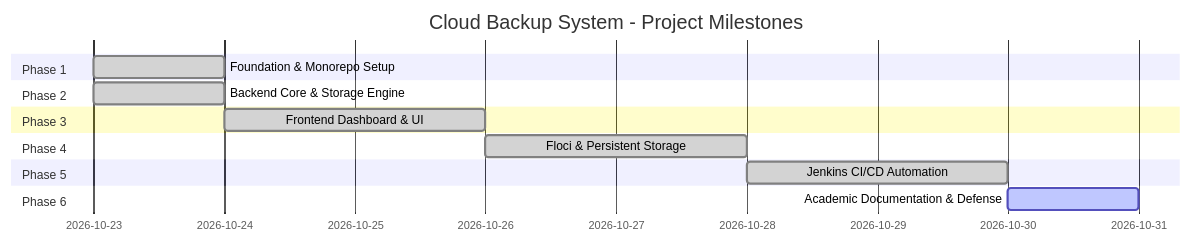
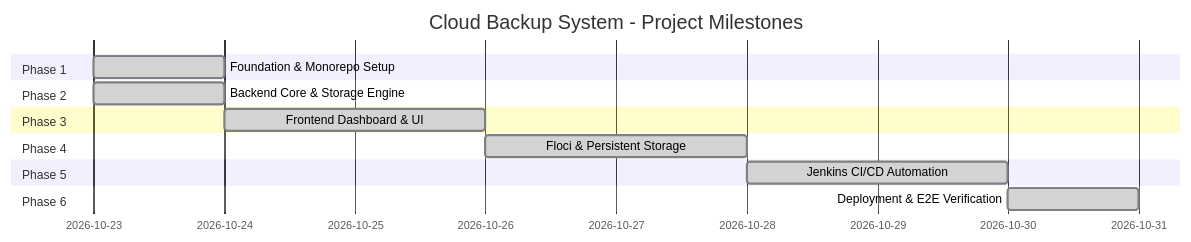
One commit to LakshayYadav167/Cloud-backup-system changed the diagram in docs/phase_plan.md. Above: the diagram before and after it, drawn with Mermaid. The commit also changed other lines of this file and 8 other files, not shown here.

Commit message:
feat(phase-6): implement deployment readiness, E2E smoke tests, backup auditing, and documentation

````diff
--- a/docs/phase_plan.md
+++ b/docs/phase_plan.md
@@ -9,17 +9,17 @@
 ```mermaid
 gantt
     title Cloud Backup System - Project Milestones
     dateFormat  YYYY-MM-DD
     section Phase 1
     Foundation & Monorepo Setup    :done, p1, 2026-10-23, 1d
     section Phase 2
     Backend Core & Storage Engine   :done, p2, 2026-10-23, 1d
     section Phase 3
     Frontend Dashboard & UI         :done, p3, after p2, 2d
     section Phase 4
     Floci & Persistent Storage      :done, p4, after p3, 2d
     section Phase 5
     Jenkins CI/CD Automation        :done, p5, after p4, 2d
     section Phase 6
-    Academic Documentation & Defense:active, p6, after p5, 1d
+    Deployment & E2E Verification   :done, p6, after p5, 1d
 ```
````
